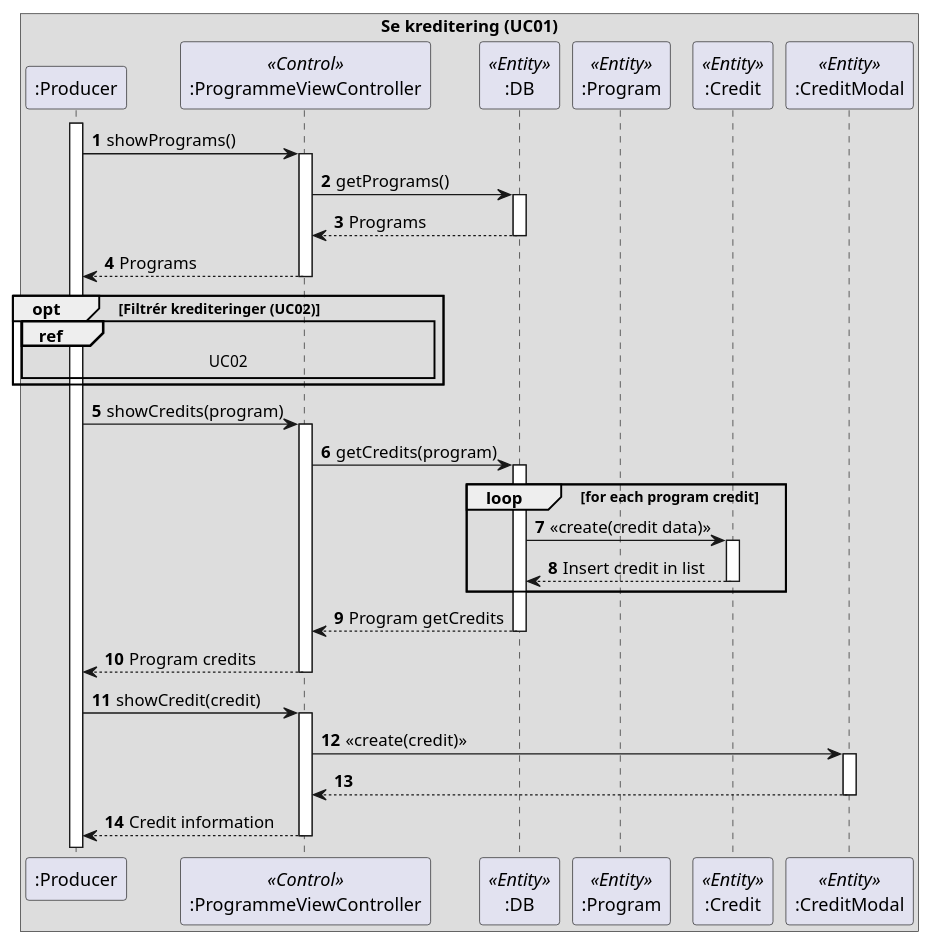
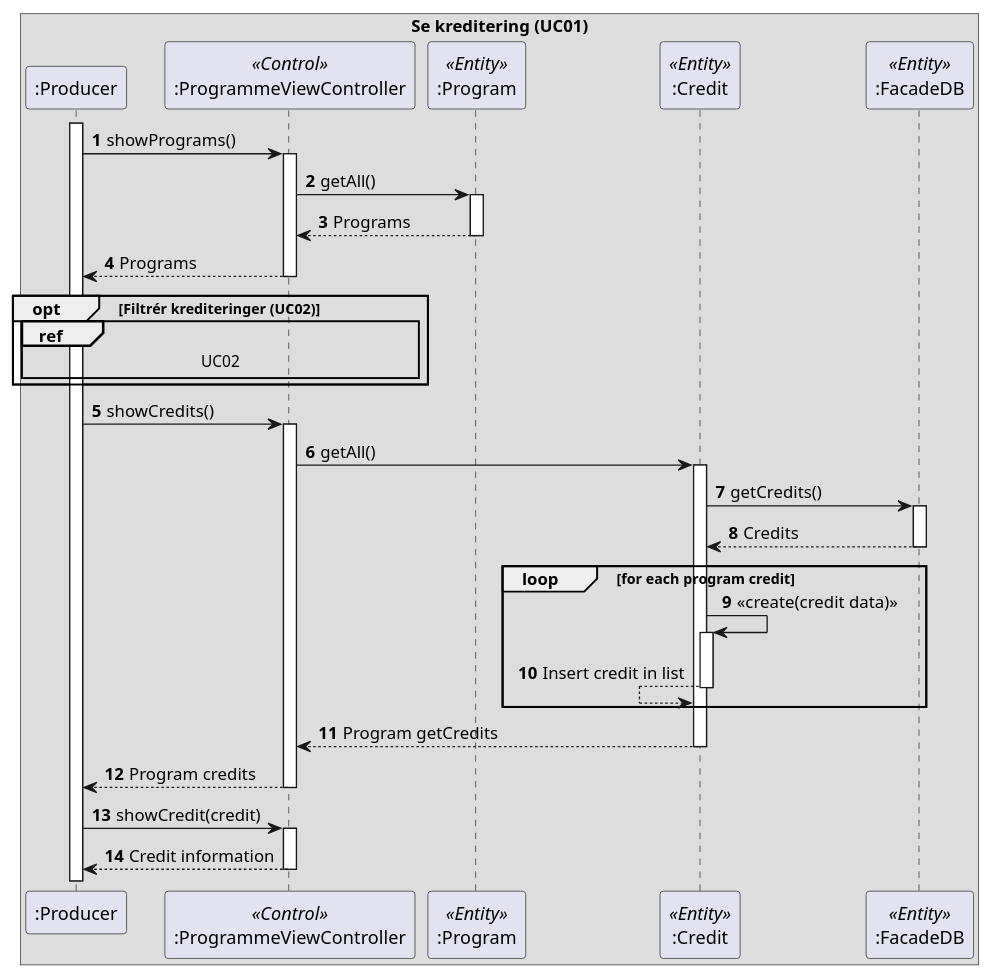
One commit to amatzen/SE02-SE-G02-SPRO changed the diagram in uml/sequence_diagrams/operation/UC01_show_credit.puml. Above: the diagram before and after it, drawn with PlantUML.

Commit message:
Show credit sequence diagram

```diff
--- a/uml/sequence_diagrams/operation/UC01_show_credit.puml
+++ b/uml/sequence_diagrams/operation/UC01_show_credit.puml
@@ -1,55 +1,56 @@
 @startuml
 'https://plantuml.com/sequence-diagram
 
 autonumber
 
 box Se kreditering (UC01)
     participant ":Producer" as producer
     participant ":ProgrammeViewController" as programController <<Control>>
-    participant ":DB" as db <<Entity>>
     participant ":Program" as program <<Entity>>
     participant ":Credit" as credit <<Entity>>
-    participant ":CreditModal" as creditModal <<Entity>>
+    participant ":FacadeDB" as db <<Entity>>
 end box
 
 activate producer
 producer -> programController : showPrograms()
 activate programController
-programController -> db : getPrograms()
-activate db
-programController <-- db : Programs
-deactivate db
+programController -> program : getAll()
+activate program
+programController <-- program : Programs
+deactivate program
 producer <-- programController : Programs
 deactivate programController
 
 opt Filtrér krediteringer (UC02)
     ref over producer, programController : UC02
 end
 
-producer -> programController : showCredits(program)
+producer -> programController : showCredits()
 activate programController
-programController -> db : getCredits(program)
+programController -> credit : getAll()
+activate credit
+
+credit -> db : getCredits()
 activate db
+credit <-- db : Credits
+deactivate db
 
 loop for each program credit
-db -> credit : <<create(credit data)>>
+credit -> credit : <<create(credit data)>>
 activate credit
-db <-- credit : Insert credit in list
+credit <-- credit : Insert credit in list
 deactivate credit
 end
 
-programController <-- db : Program getCredits
-deactivate db
+programController <-- credit : Program getCredits
+deactivate credit
 producer <-- programController : Program credits
 deactivate programController
 
 producer -> programController : showCredit(credit)
 activate programController
-programController -> creditModal : <<create(credit)>>
-activate creditModal
-programController <-- creditModal
-deactivate creditModal
+
 producer <-- programController : Credit information
 deactivate programController
 
 @enduml
```
